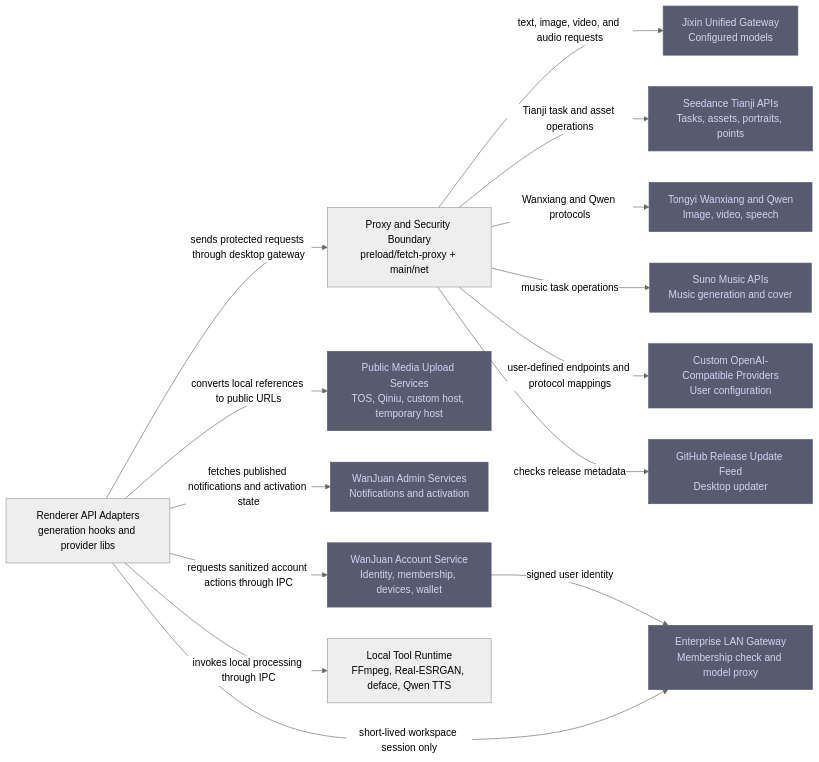
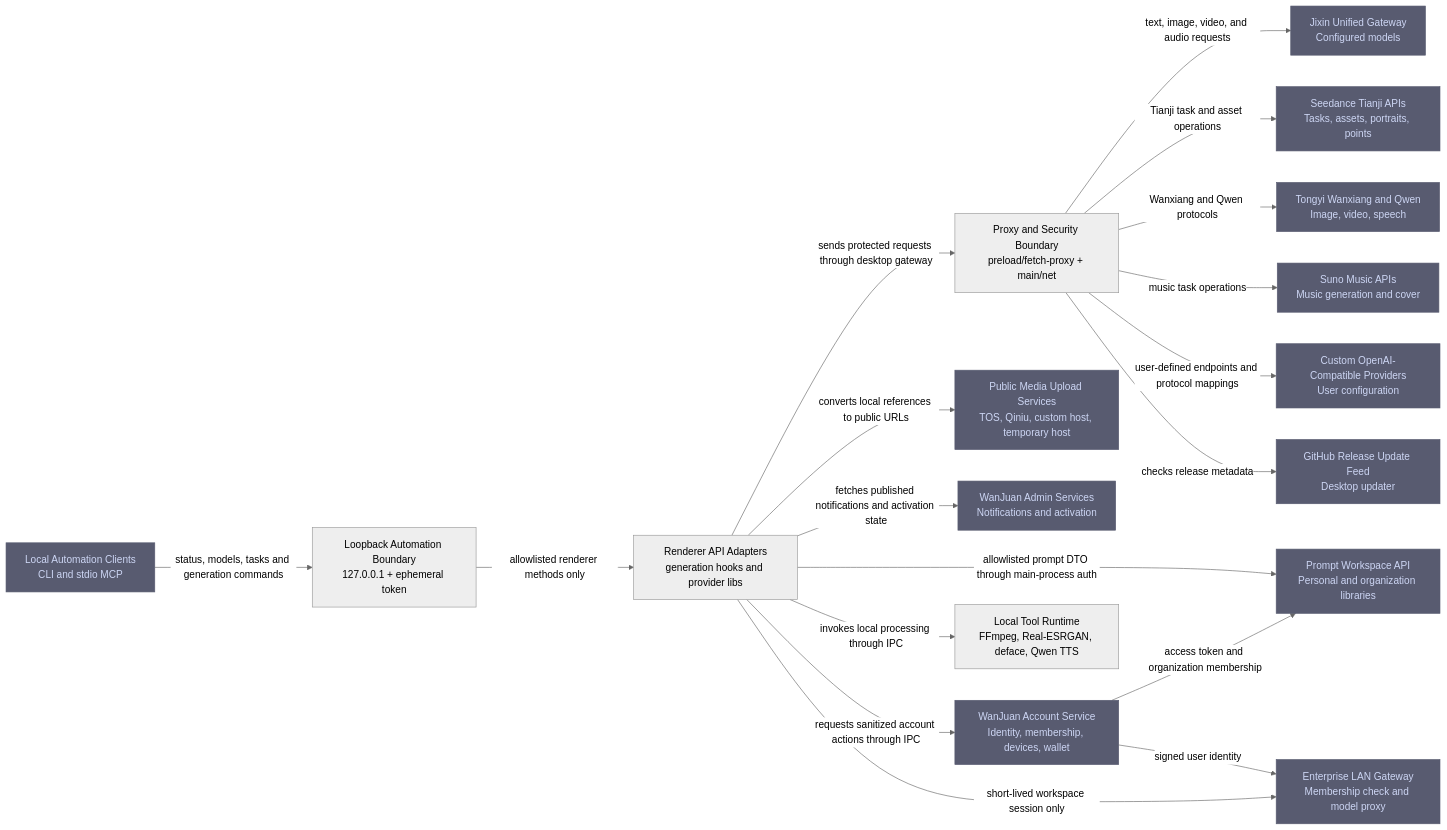
The diagram in .omm/external-integrations/diagram.mmd (Guan-XX003/Lingjing-canvas), drawn with Mermaid (neutral theme) before and after one commit. The commit also changed 54 other files, not shown here.

Commit message:
Improve startup flow and cloud workspace UX

```diff
--- a/.omm/external-integrations/diagram.mmd
+++ b/.omm/external-integrations/diagram.mmd
@@ -1,29 +1,37 @@
 graph LR
     renderer-adapters["Renderer API Adapters\ngeneration hooks and provider libs"]
     proxy-security["Proxy and Security Boundary\npreload/fetch-proxy + main/net"]
     jixin["Jixin Unified Gateway\nConfigured models"]
     tianji["Seedance Tianji APIs\nTasks, assets, portraits, points"]
     tongyi["Tongyi Wanxiang and Qwen\nImage, video, speech"]
     suno["Suno Music APIs\nMusic generation and cover"]
     custom-providers["Custom OpenAI-Compatible Providers\nUser configuration"]
     upload-services["Public Media Upload Services\nTOS, Qiniu, custom host, temporary host"]
     admin-services["WanJuan Admin Services\nNotifications and activation"]
     account-cloud["WanJuan Account Service\nIdentity, membership, devices, wallet"]
+    prompt-cloud["Prompt Workspace API\nPersonal and organization libraries"]
     enterprise-gateway["Enterprise LAN Gateway\nMembership check and model proxy"]
     update-service["GitHub Release Update Feed\nDesktop updater"]
     local-tools["Local Tool Runtime\nFFmpeg, Real-ESRGAN, deface, Qwen TTS"]
+    automation-clients["Local Automation Clients\nCLI and stdio MCP"]
+    automation-boundary["Loopback Automation Boundary\n127.0.0.1 + ephemeral token"]
     renderer-adapters -->|"sends protected requests through desktop gateway"| proxy-security
     proxy-security -->|"text, image, video, and audio requests"| jixin
     proxy-security -->|"Tianji task and asset operations"| tianji
     proxy-security -->|"Wanxiang and Qwen protocols"| tongyi
     proxy-security -->|"music task operations"| suno
     proxy-security -->|"user-defined endpoints and protocol mappings"| custom-providers
     renderer-adapters -->|"converts local references to public URLs"| upload-services
     renderer-adapters -->|"fetches published notifications and activation state"| admin-services
     renderer-adapters -->|"requests sanitized account actions through IPC"| account-cloud
+    renderer-adapters -->|"allowlisted prompt DTO through main-process auth"| prompt-cloud
+    account-cloud -->|"access token and organization membership"| prompt-cloud
     account-cloud -->|"signed user identity"| enterprise-gateway
     renderer-adapters -->|"short-lived workspace session only"| enterprise-gateway
     proxy-security -->|"checks release metadata"| update-service
     renderer-adapters -->|"invokes local processing through IPC"| local-tools
+    automation-clients -->|"status, models, tasks and generation commands"| automation-boundary
+    automation-boundary -->|"allowlisted renderer methods only"| renderer-adapters
     classDef external fill:#585b70,stroke:#585b70,color:#cdd6f4
-    class jixin,tianji,tongyi,suno,custom-providers,upload-services,admin-services,account-cloud,enterprise-gateway,update-service external
+    class jixin,tianji,tongyi,suno,custom-providers,upload-services,admin-services,account-cloud,prompt-cloud,enterprise-gateway,update-service external
+    class automation-clients external
```
